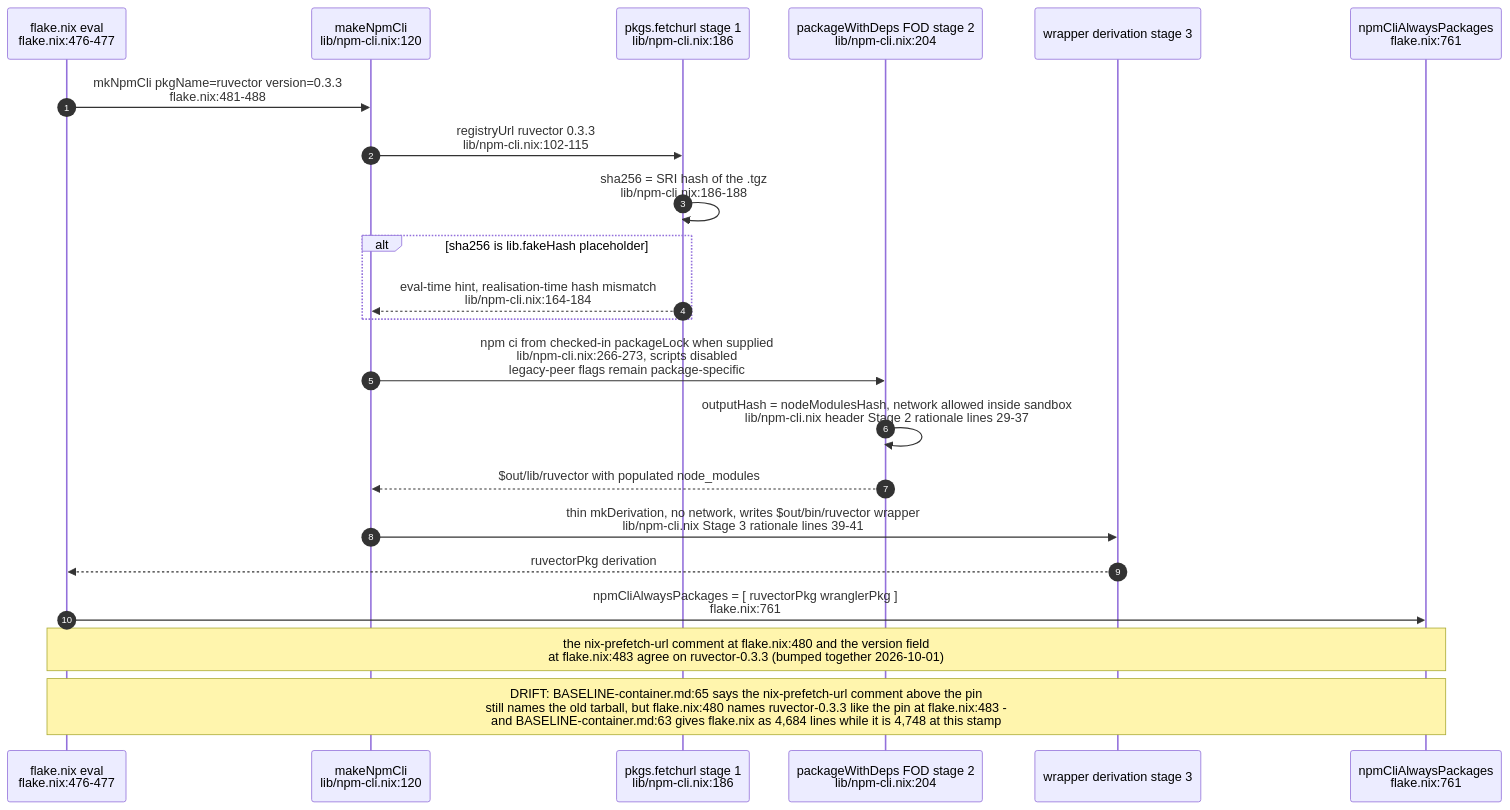
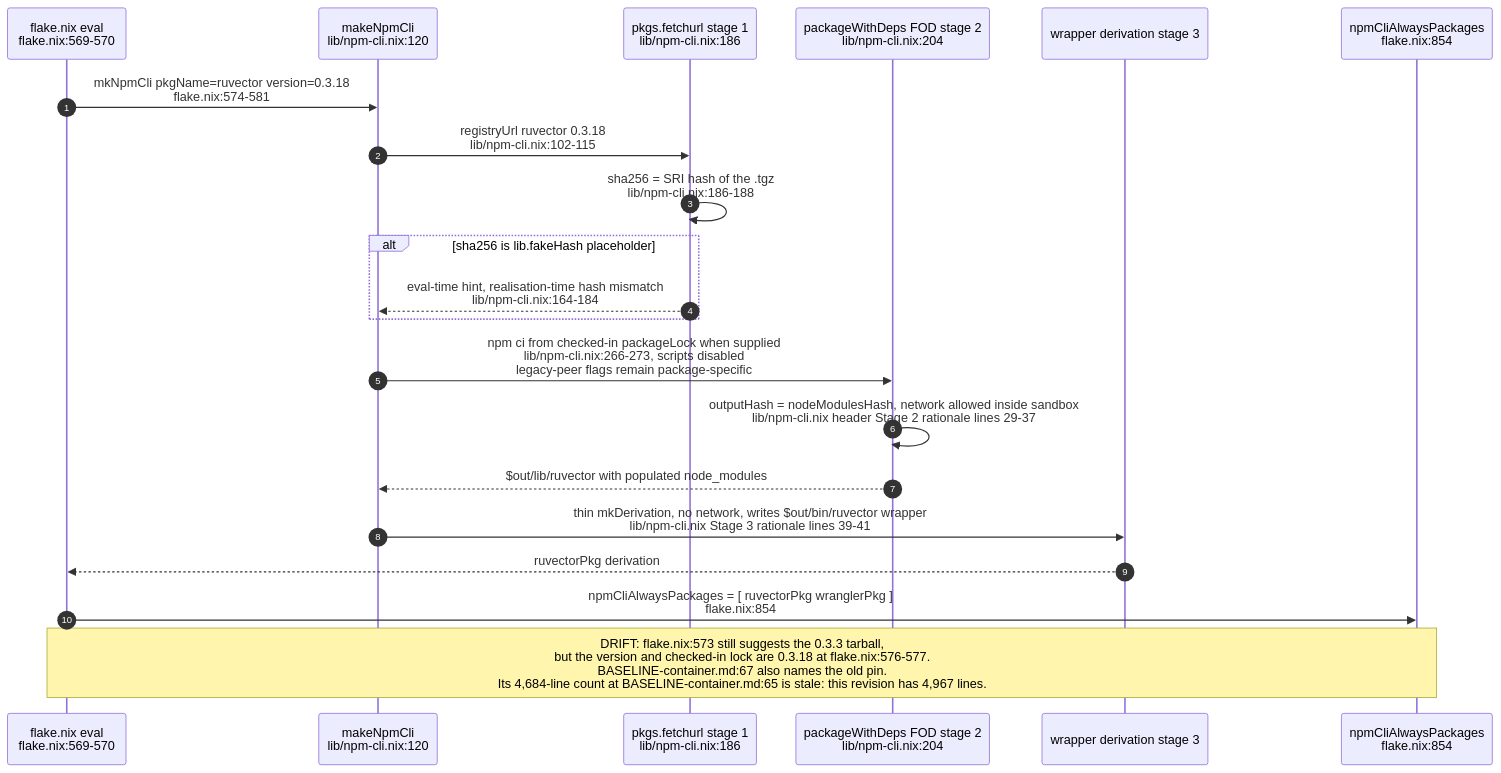
One commit to DreamLab-AI/VisionFlow changed the fifth of 10 diagrams in docs/diagrams/agentbox/01-nix-flake-composition.md. Above: the diagram before and after it, drawn with Mermaid. The commit also changed other lines of this file and 7 other files, not shown here.

````diff
--- a/docs/diagrams/agentbox/01-nix-flake-composition.md
+++ b/docs/diagrams/agentbox/01-nix-flake-composition.md
@@ -261,25 +260,24 @@
 ```mermaid
 sequenceDiagram
     autonumber
-    participant FLAKE as flake.nix eval<br/>flake.nix:476-477
+    participant FLAKE as flake.nix eval<br/>flake.nix:569-570
     participant MK as makeNpmCli<br/>lib/npm-cli.nix:120
     participant FETCH as pkgs.fetchurl stage 1<br/>lib/npm-cli.nix:186
     participant FOD as packageWithDeps FOD stage 2<br/>lib/npm-cli.nix:204
     participant WRAP as wrapper derivation stage 3
-    participant ALWAYS as npmCliAlwaysPackages<br/>flake.nix:761
+    participant ALWAYS as npmCliAlwaysPackages<br/>flake.nix:854
 
-    FLAKE->>MK: mkNpmCli pkgName=ruvector version=0.3.3<br/>flake.nix:481-488
-    MK->>FETCH: registryUrl ruvector 0.3.3<br/>lib/npm-cli.nix:102-115
+    FLAKE->>MK: mkNpmCli pkgName=ruvector version=0.3.18<br/>flake.nix:574-581
+    MK->>FETCH: registryUrl ruvector 0.3.18<br/>lib/npm-cli.nix:102-115
     FETCH->>FETCH: sha256 = SRI hash of the .tgz<br/>lib/npm-cli.nix:186-188
     alt sha256 is lib.fakeHash placeholder
         FETCH-->>MK: eval-time hint, realisation-time hash mismatch<br/>lib/npm-cli.nix:164-184
     end
     MK->>FOD: npm ci from checked-in packageLock when supplied<br/>lib/npm-cli.nix:266-273, scripts disabled<br/>legacy-peer flags remain package-specific
     FOD->>FOD: outputHash = nodeModulesHash, network allowed inside sandbox<br/>lib/npm-cli.nix header Stage 2 rationale lines 29-37
     FOD-->>MK: $out/lib/ruvector with populated node_modules
     MK->>WRAP: thin mkDerivation, no network, writes $out/bin/ruvector wrapper<br/>lib/npm-cli.nix Stage 3 rationale lines 39-41
     WRAP-->>FLAKE: ruvectorPkg derivation
-    FLAKE->>ALWAYS: npmCliAlwaysPackages = [ ruvectorPkg wranglerPkg ]<br/>flake.nix:761
-    Note over FLAKE,ALWAYS: the nix-prefetch-url comment at flake.nix:480 and the version field<br/>at flake.nix:483 agree on ruvector-0.3.3 (bumped together 2026-10-01)
-    Note over FLAKE,ALWAYS: DRIFT: BASELINE-container.md:65 says the nix-prefetch-url comment above the pin<br/>still names the old tarball, but flake.nix:480 names ruvector-0.3.3 like the pin at flake.nix:483 -<br/>and BASELINE-container.md:63 gives flake.nix as 4,684 lines while it is 4,748 at this stamp
+    FLAKE->>ALWAYS: npmCliAlwaysPackages = [ ruvectorPkg wranglerPkg ]<br/>flake.nix:854
+    Note over FLAKE,ALWAYS: DRIFT: flake.nix:573 still suggests the 0.3.3 tarball,<br/>but the version and checked-in lock are 0.3.18 at flake.nix:576-577.<br/>BASELINE-container.md:67 also names the old pin.<br/>Its 4,684-line count at BASELINE-container.md:65 is stale: this revision has 4,967 lines.
 ```
````
